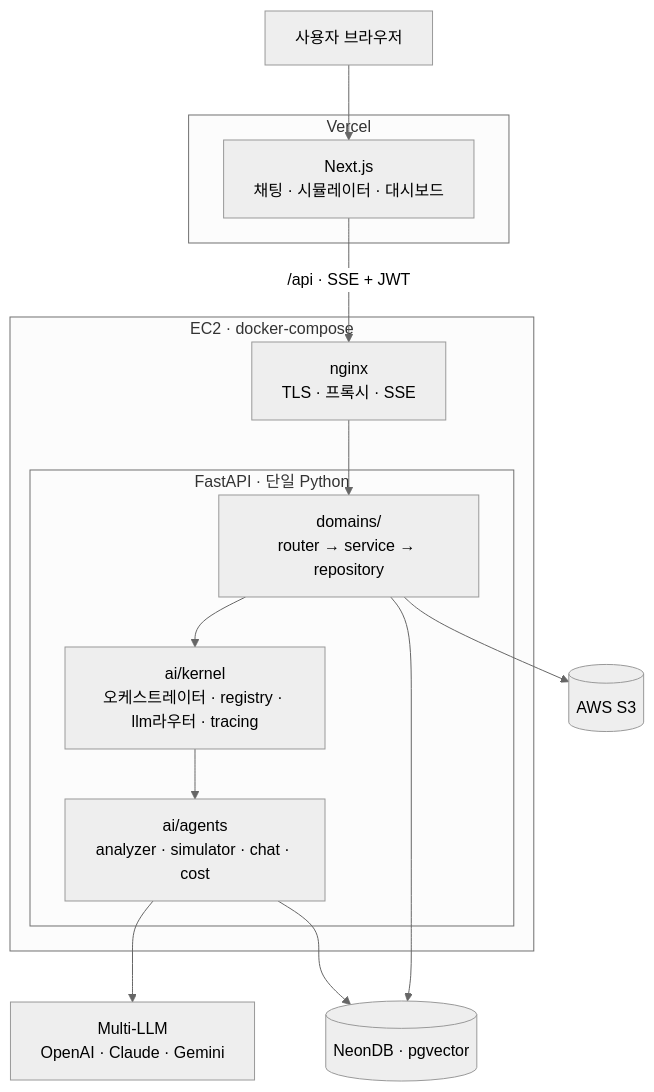
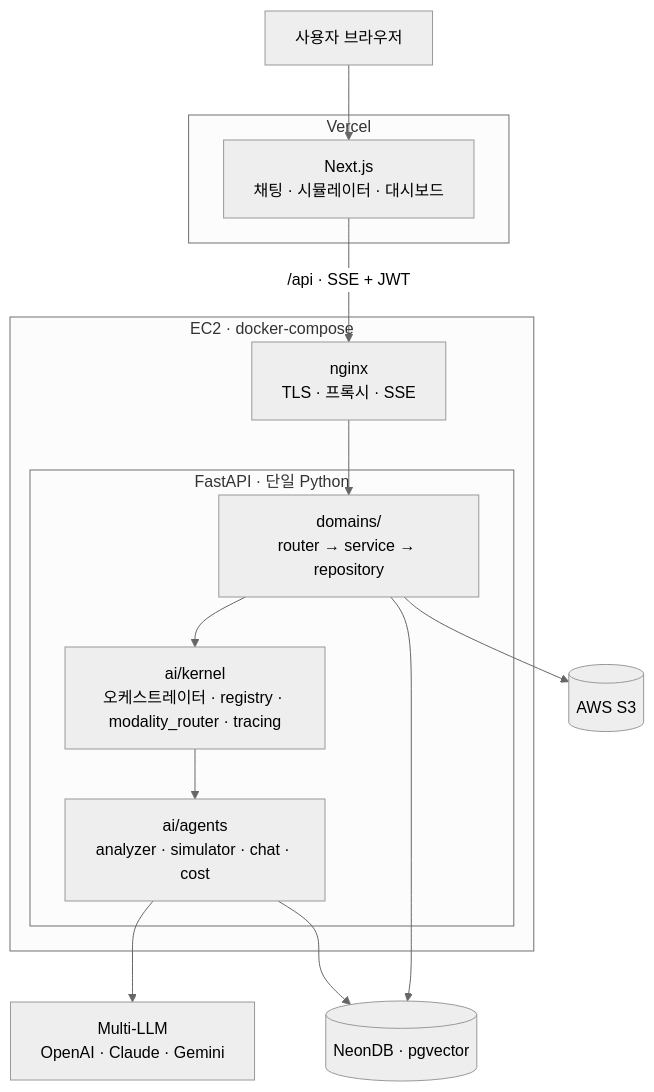
One commit to ConversionDev/clickme changed the first of 4 diagrams in README.md. Above: the diagram before and after it, drawn with Mermaid (neutral theme). The commit also changed other lines of this file and 92 other files, not shown here.

````diff
--- a/README.md
+++ b/README.md
@@ -43,27 +44,27 @@
 ```mermaid
 flowchart TB
     U["사용자 브라우저"]
     subgraph VERCEL["Vercel"]
         FE["Next.js<br/>채팅 · 시뮬레이터 · 대시보드"]
     end
     subgraph EC2["EC2 · docker-compose"]
         NG["nginx<br/>TLS · 프록시 · SSE"]
         subgraph FASTAPI["FastAPI · 단일 Python"]
             DOM["domains/<br/>router → service → repository"]
-            KER["ai/kernel<br/>오케스트레이터 · registry · llm라우터 · tracing"]
+            KER["ai/kernel<br/>오케스트레이터 · registry · modality_router · tracing"]
             AGT["ai/agents<br/>analyzer · simulator · chat · cost"]
         end
     end
     DB[("NeonDB · pgvector")]
     S3[("AWS S3")]
     LLM["Multi-LLM<br/>OpenAI · Claude · Gemini"]
 
     U --> FE
     FE -->|"/api · SSE + JWT"| NG
     NG --> DOM
     DOM --> KER --> AGT
     DOM --> DB
     DOM --> S3
     AGT --> LLM
     AGT --> DB
 ```
````
